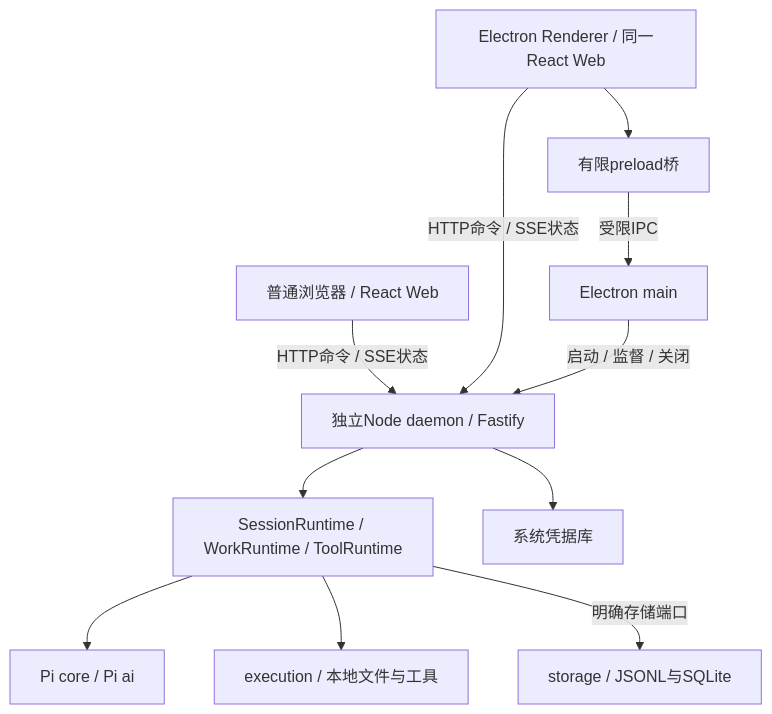
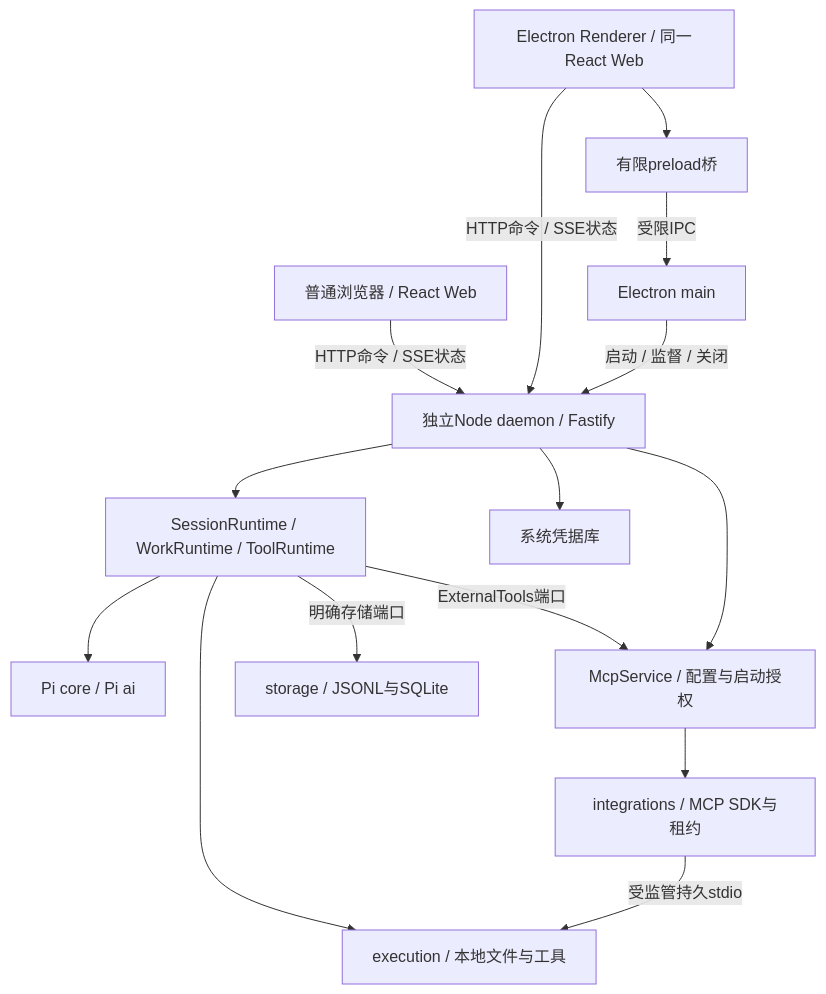
The first of 2 diagrams in docs/09_TECHNICAL/系统架构设计.md (lxy980795277/my-pi-harness), drawn with Mermaid before and after one commit. The commit also changed other lines of this file and 389 other files, not shown here.

First line of the commit message:
feat(runtime,daemon,web)!: 完成M4能力扩展与工作台优化

````diff
--- a/docs/09_TECHNICAL/系统架构设计.md
+++ b/docs/09_TECHNICAL/系统架构设计.md
@@ -29,23 +29,29 @@
 ```mermaid
 flowchart TB
   Browser[普通浏览器 / React Web]
   Renderer[Electron Renderer / 同一React Web]
   Main[Electron main]
   Preload[有限preload桥]
   Daemon[独立Node daemon / Fastify]
   Runtime[SessionRuntime / WorkRuntime / ToolRuntime]
   Pi[Pi core / Pi ai]
   Execution[execution / 本地文件与工具]
+  McpHost[McpService / 配置与启动授权]
+  Integrations[integrations / MCP SDK与租约]
   Storage[storage / JSONL与SQLite]
   Secrets[系统凭据库]
   Browser -->|HTTP命令 / SSE状态| Daemon
   Renderer -->|HTTP命令 / SSE状态| Daemon
   Renderer --> Preload
   Preload -->|受限IPC| Main
   Main -->|启动 / 监督 / 关闭| Daemon
   Daemon --> Runtime
   Runtime --> Pi
   Runtime --> Execution
+  Runtime -->|ExternalTools端口| McpHost
+  Daemon --> McpHost
+  McpHost --> Integrations
+  Integrations -->|受监管持久stdio| Execution
   Runtime -->|明确存储端口| Storage
   Daemon --> Secrets
 ```
````
